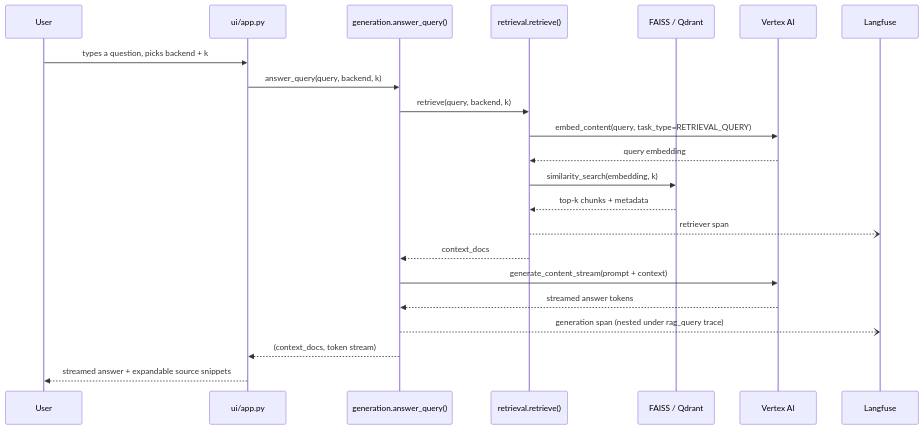
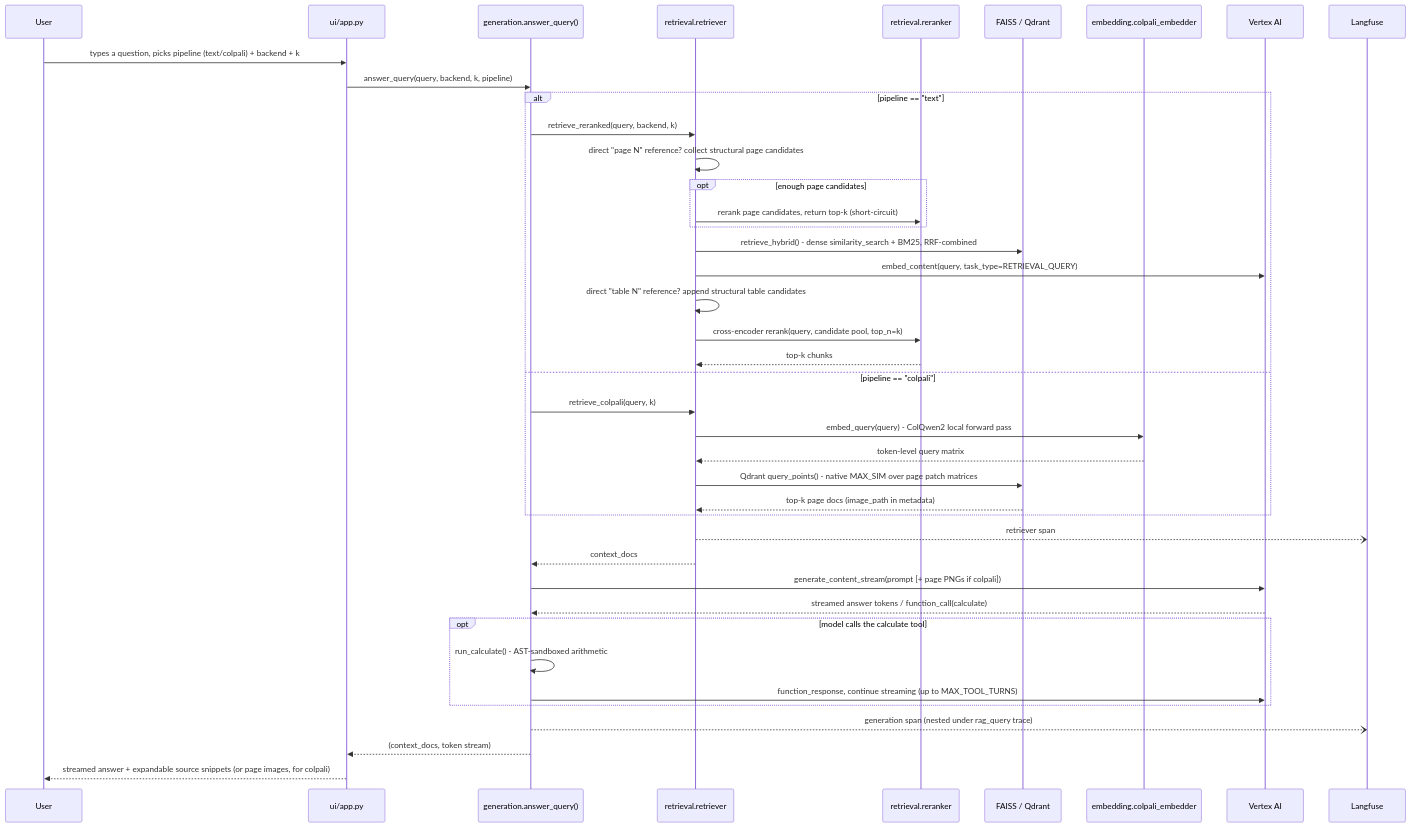
The fourth of 7 diagrams in ARCHITECTURE.md (kcholyshere/Finrag), drawn with Mermaid before and after one commit. The commit also changed other lines of this file and 2 other files, not shown here.

First line of the commit message:
Rewrite README and ARCHITECTURE for the current system

````diff
--- a/ARCHITECTURE.md
+++ b/ARCHITECTURE.md
@@ -88,25 +155,46 @@
 ```mermaid
 sequenceDiagram
     participant User
     participant UI as ui/app.py
     participant Gen as generation.answer_query()
-    participant Ret as retrieval.retrieve()
+    participant Ret as retrieval.retriever
+    participant Rerank as retrieval.reranker
     participant Store as FAISS / Qdrant
+    participant CP as embedding.colpali_embedder
     participant Vertex as Vertex AI
     participant LF as Langfuse
 
-    User->>UI: types a question, picks backend + k
-    UI->>Gen: answer_query(query, backend, k)
-    Gen->>Ret: retrieve(query, backend, k)
-    Ret->>Vertex: embed_content(query, task_type=RETRIEVAL_QUERY)
-    Vertex-->>Ret: query embedding
-    Ret->>Store: similarity_search(embedding, k)
-    Store-->>Ret: top-k chunks + metadata
+    User->>UI: types a question, picks pipeline (text/colpali) + backend + k
+    UI->>Gen: answer_query(query, backend, k, pipeline)
+
+    alt pipeline == "text"
+        Gen->>Ret: retrieve_reranked(query, backend, k)
+        Ret->>Ret: direct "page N" reference? collect structural page candidates
+        opt enough page candidates
+            Ret->>Rerank: rerank page candidates, return top-k (short-circuit)
+        end
+        Ret->>Store: retrieve_hybrid() - dense similarity_search + BM25, RRF-combined
+        Ret->>Vertex: embed_content(query, task_type=RETRIEVAL_QUERY)
+        Ret->>Ret: direct "table N" reference? append structural table candidates
+        Ret->>Rerank: cross-encoder rerank(query, candidate pool, top_n=k)
+        Rerank-->>Ret: top-k chunks
+    else pipeline == "colpali"
+        Gen->>Ret: retrieve_colpali(query, k)
+        Ret->>CP: embed_query(query) - ColQwen2 local forward pass
+        CP-->>Ret: token-level query matrix
+        Ret->>Store: Qdrant query_points() - native MAX_SIM over page patch matrices
+        Store-->>Ret: top-k page docs (image_path in metadata)
+    end
+
     Ret--)LF: retriever span
     Ret-->>Gen: context_docs
-    Gen->>Vertex: generate_content_stream(prompt + context)
-    Vertex-->>Gen: streamed answer tokens
+    Gen->>Vertex: generate_content_stream(prompt [+ page PNGs if colpali])
+    Vertex-->>Gen: streamed answer tokens / function_call(calculate)
+    opt model calls the calculate tool
+        Gen->>Gen: run_calculate() - AST-sandboxed arithmetic
+        Gen->>Vertex: function_response, continue streaming (up to MAX_TOOL_TURNS)
+    end
     Gen--)LF: generation span (nested under rag_query trace)
     Gen-->>UI: (context_docs, token stream)
-    UI-->>User: streamed answer + expandable source snippets
+    UI-->>User: streamed answer + expandable source snippets (or page images, for colpali)
 ```
````
